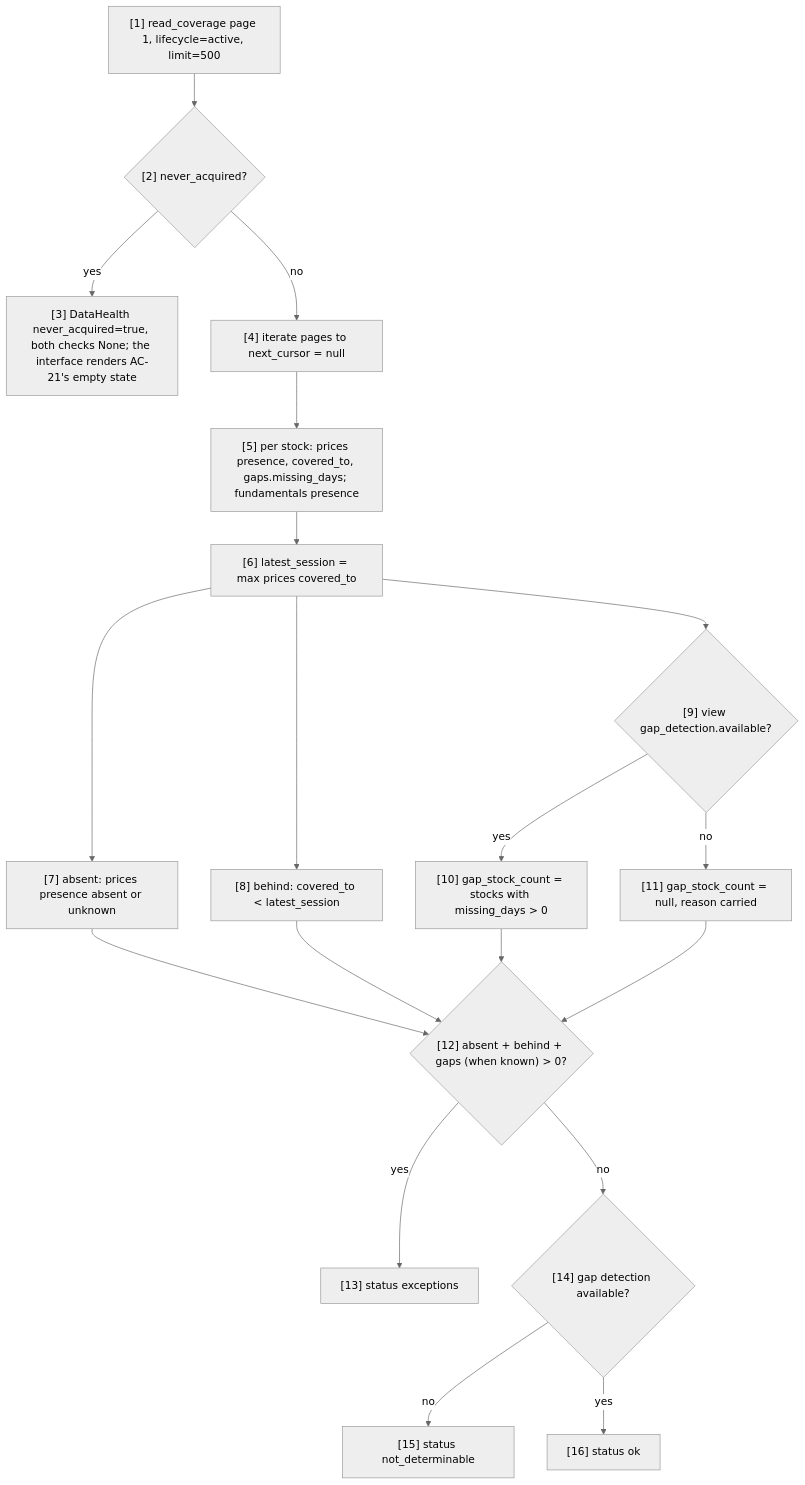
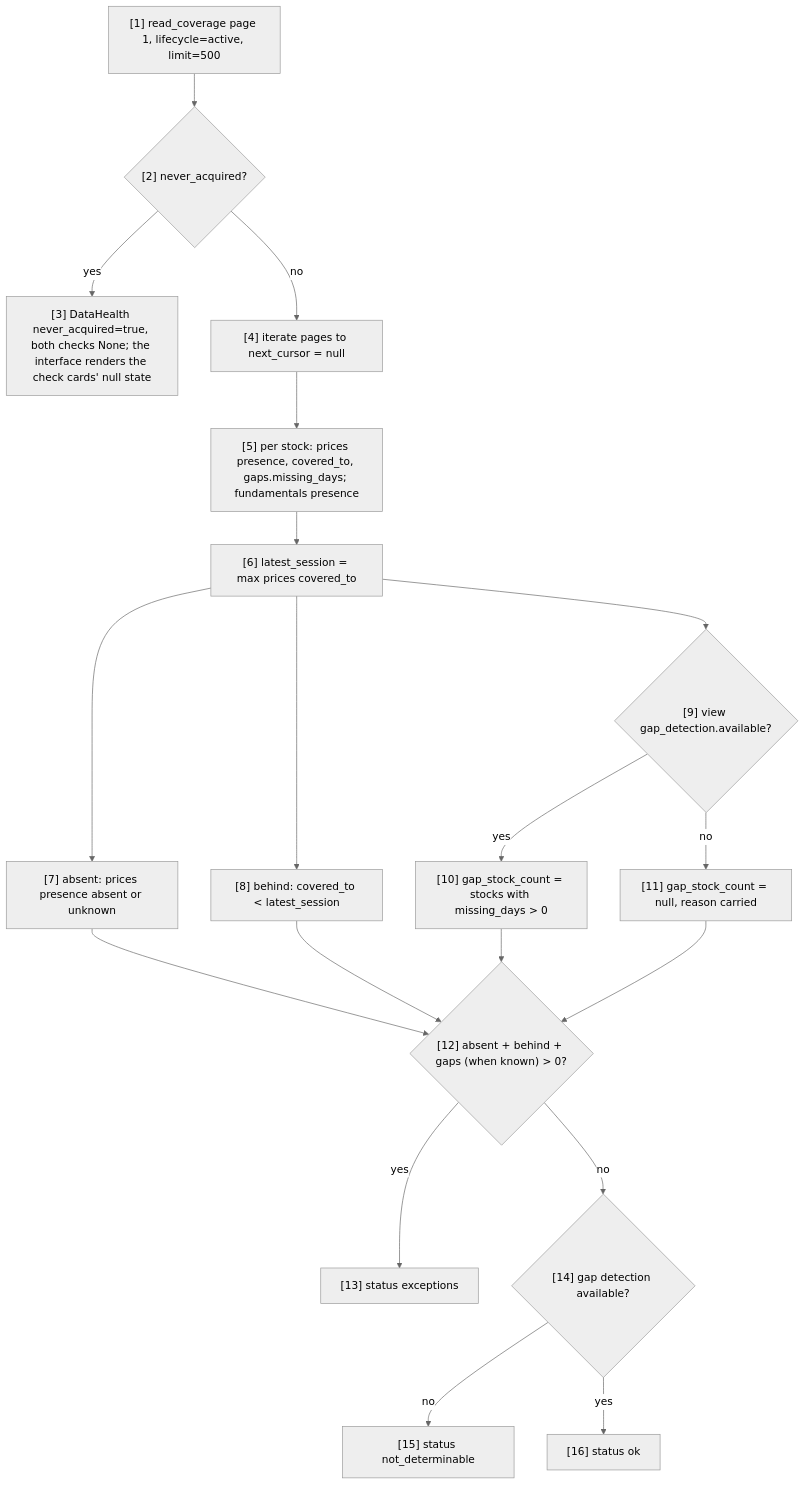
The second of 2 diagrams in docs/capabilities/CAP-003-app-shell-and-data-health/design/component-design-data-health-reader.md (ajodraca/FactorFlow-v2), drawn with Mermaid (neutral theme) before and after one commit. The commit also changed other lines of this file and 12 other files, not shown here.

````diff
--- a/docs/capabilities/CAP-003-app-shell-and-data-health/design/component-design-data-health-reader.md
+++ b/docs/capabilities/CAP-003-app-shell-and-data-health/design/component-design-data-health-reader.md
@@ -308,21 +311,21 @@
 ```mermaid
 flowchart TD
     S["[1] read_coverage page 1, lifecycle=active, limit=500"] --> N{"[2] never_acquired?"}
-    N -- yes --> E["[3] DataHealth never_acquired=true, both checks None; the interface renders AC-21's empty state"]
+    N -- yes --> E["[3] DataHealth never_acquired=true, both checks None; the interface renders the check cards' null state"]
     N -- no --> L["[4] iterate pages to next_cursor = null"]
     L --> P["[5] per stock: prices presence, covered_to, gaps.missing_days; fundamentals presence"]
     P --> LS["[6] latest_session = max prices covered_to"]
     LS --> C1["[7] absent: prices presence absent or unknown"]
     LS --> C2["[8] behind: covered_to < latest_session"]
     LS --> C3{"[9] view gap_detection.available?"}
     C3 -- yes --> C4["[10] gap_stock_count = stocks with missing_days > 0"]
     C3 -- no --> C5["[11] gap_stock_count = null, reason carried"]
     C1 --> D{"[12] absent + behind + gaps (when known) > 0?"}
     C2 --> D
     C4 --> D
     C5 --> D
     D -- yes --> X["[13] status exceptions"]
     D -- no --> U{"[14] gap detection available?"}
     U -- no --> ND["[15] status not_determinable"]
     U -- yes --> OK["[16] status ok"]
 ```
````
